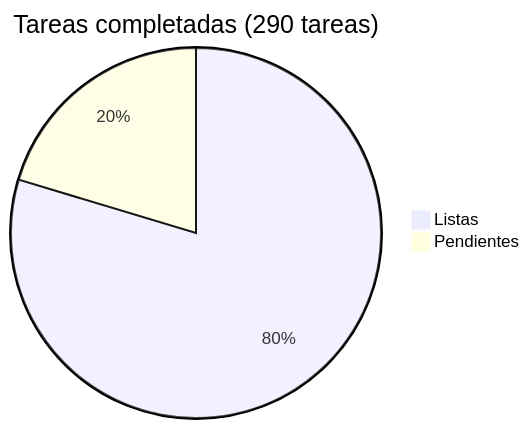
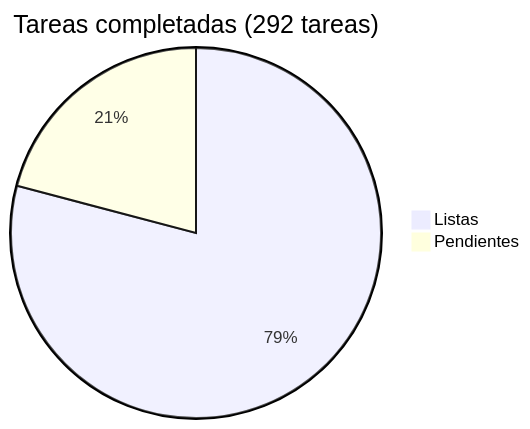
The diagram in docs/roadmap/README.md (araguaney-lat/araguaney), drawn with Mermaid before and after one commit. The commit also changed other lines of this file and 1 other file, not shown here.

Commit message:
docs: add invitation-email and PDF/export async gaps to Phase 12
Found while auditing async/background-job coverage:
- 15b (urgent, 🔴): send_invitation_email_task is only a TODO comment in
  routers/users.py (create + reinvite) — the function doesn't exist in
  worker.py. Admins can create users but the invitation email with the
  temporary password is never sent, breaking the flow documented in
  CLAUDE.md §6.
- 15c: 6 PDF/CSV export endpoints (shipment manifest PDF/XLSX, box labels,
  pallet label, transfer manifest, report CSV) generate files
  synchronously inline instead of via ARQ, contradicting CLAUDE.md §10.
  Mitigated by rate limiting today, but not queued.

Documentation only — no code changes, per user request (fix the email
gap in a dedicated session later).

````diff
--- a/docs/roadmap/README.md
+++ b/docs/roadmap/README.md
@@ -5,5 +5,5 @@
 ```mermaid
-pie title Tareas completadas (290 tareas)
+pie title Tareas completadas (292 tareas)
     "Listas" : 231
-    "Pendientes" : 59
+    "Pendientes" : 61
 ```
````
